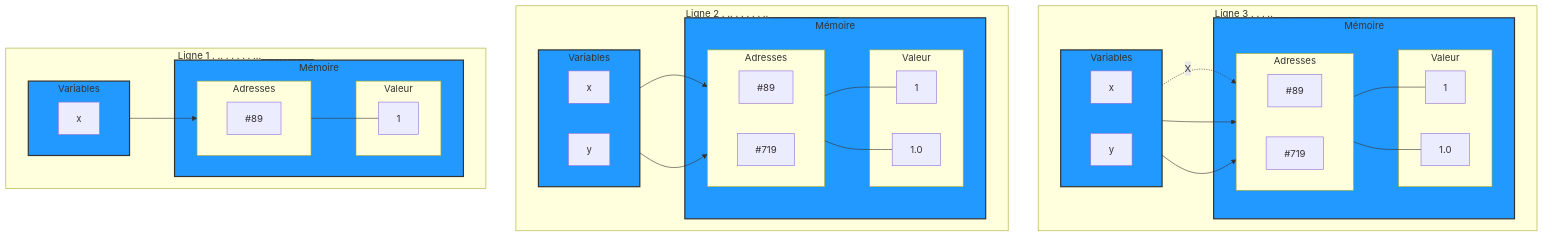
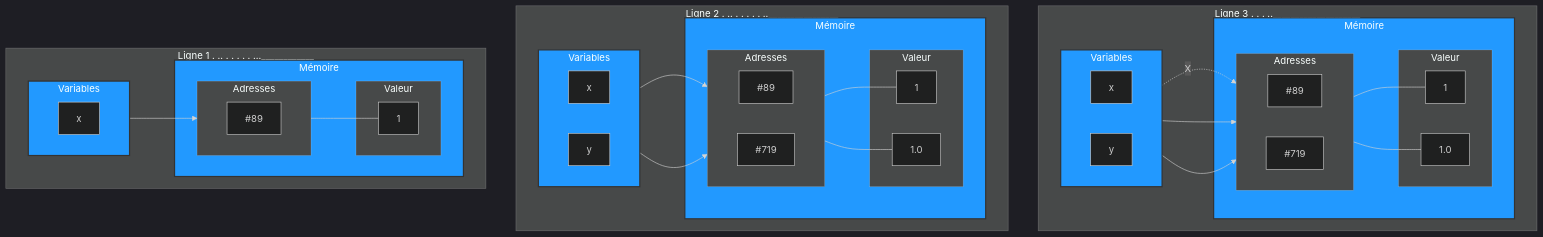
The second of 2 diagrams in docs/python1.md (Lisra-git/MergeCommitMkDocs42), drawn with Mermaid before and after one commit. The commit also changed other lines of this file and 20 other files, not shown here.

````diff
--- a/docs/python1.md
+++ b/docs/python1.md
@@ -438,79 +478,80 @@
 ```mermaid
+%%{init:{'theme': 'dark' }}%%
 flowchart TD
 subgraph Ligne 3  . . . ..____________________ 
     direction LR
     p2[x]-.->|X|A3
     p2[x]-->A4
     q2[y]-->A4
     subgraph t2[Variables]
     style t2 fill:#29f,stroke:#333,stroke-width:2px
     direction LR
         p2[x]
         q2[y]
     end
     subgraph id2[Mémoire]
     style id2 fill:#29f,stroke:#333,stroke-width:2px
     subgraph pml2[Adresses]
         direction RL
         A3[ #89]
         A4[ #719]
     end
 
     subgraph iop2[Valeur]
         B3[1]
         B4[1.0]
     end
     A3---B3
     A4---B4
     end
     end
 
 subgraph Ligne 2 . .. . . . . . ..________________ 
     direction LR
     p1[x]-->A1
     q1[y]-->A2
     subgraph t1[Variables]
     style t1 fill:#29f,stroke:#333,stroke-width:2px
     direction LR
         p1[x]
         q1[y]
     end
     subgraph id1[Mémoire]
     style id1 fill:#29f,stroke:#333,stroke-width:2px
     subgraph pml1[Adresses]
         direction RL
         A1[ #89]
         A2[ #719]
     end
 
     subgraph iop1[Valeur]
         B1[1]
         B2[1.0]
     end
     A1---B1
     A2---B2
     end
     end
 
 subgraph Ligne 1 . .. . . . . . ...____________ 
     direction LR
     p[x]-->A
     subgraph t[Variables]
     style t fill:#29f,stroke:#333,stroke-width:2px
     direction LR
         p[x]
     end
     subgraph id[Mémoire]
     style id fill:#29f,stroke:#333,stroke-width:2px
     subgraph pml[Adresses]
         direction RL
         A[ #89]
     end
 
     subgraph iop[Valeur]
         B[1]
     end
     A---B
     end
     end
 ```
````
